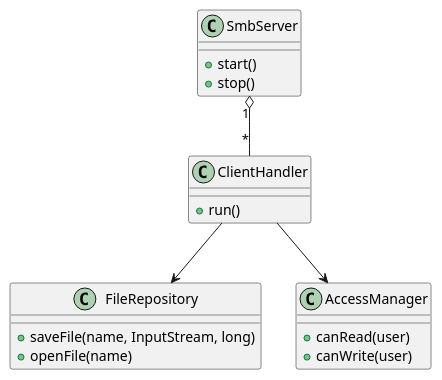
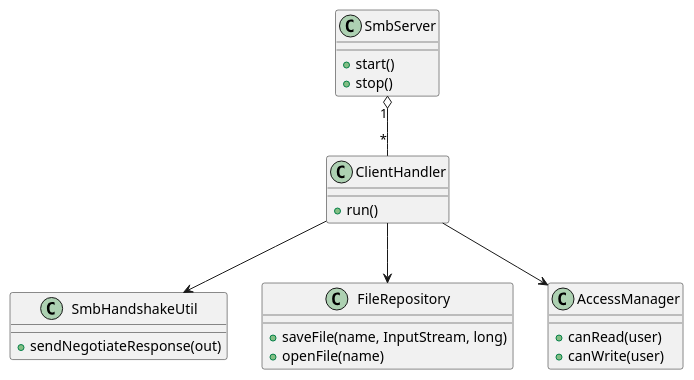
The diagram in docs/design.puml (wyattphillips-philips/smb-emul), drawn with PlantUML before and after one commit. The commit also changed 4 other files, not shown here.

```diff
--- a/docs/design.puml
+++ b/docs/design.puml
@@ -1,24 +1,29 @@
 @startuml
 class SmbServer {
     +start()
     +stop()
 }
 
 class ClientHandler {
     +run()
+}
+
+class SmbHandshakeUtil {
+    +sendNegotiateResponse(out)
 }
 
 class FileRepository {
     +saveFile(name, InputStream, long)
     +openFile(name)
 }
 
 class AccessManager {
     +canRead(user)
     +canWrite(user)
 }
 
 SmbServer "1" o-- "*" ClientHandler
 ClientHandler --> FileRepository
 ClientHandler --> AccessManager
+ClientHandler --> SmbHandshakeUtil
 @enduml
```
